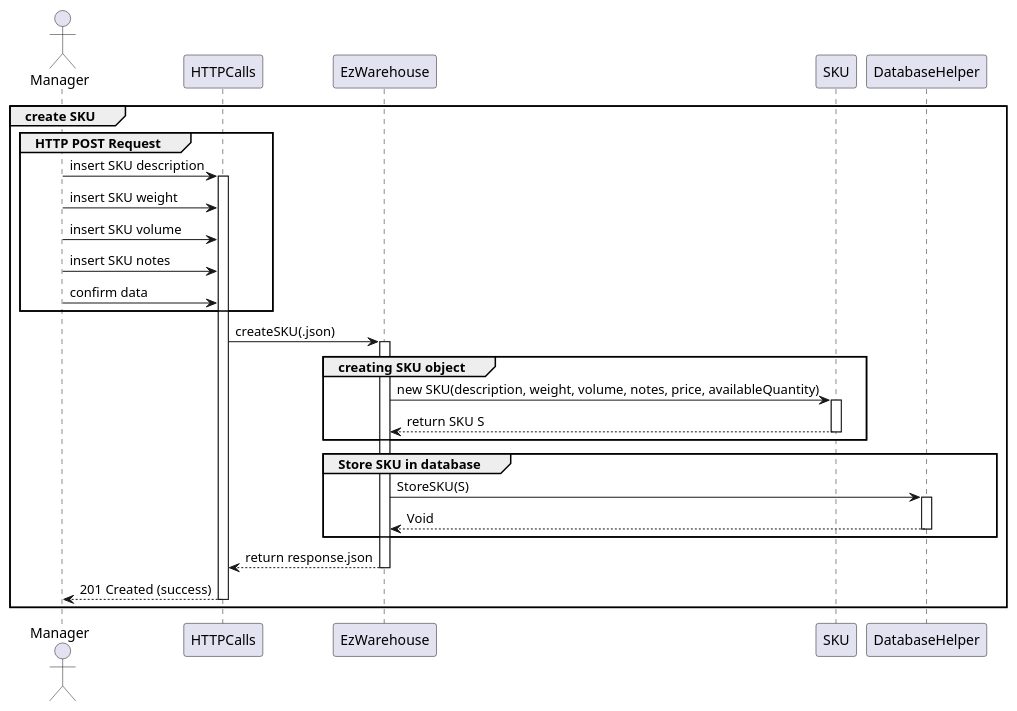
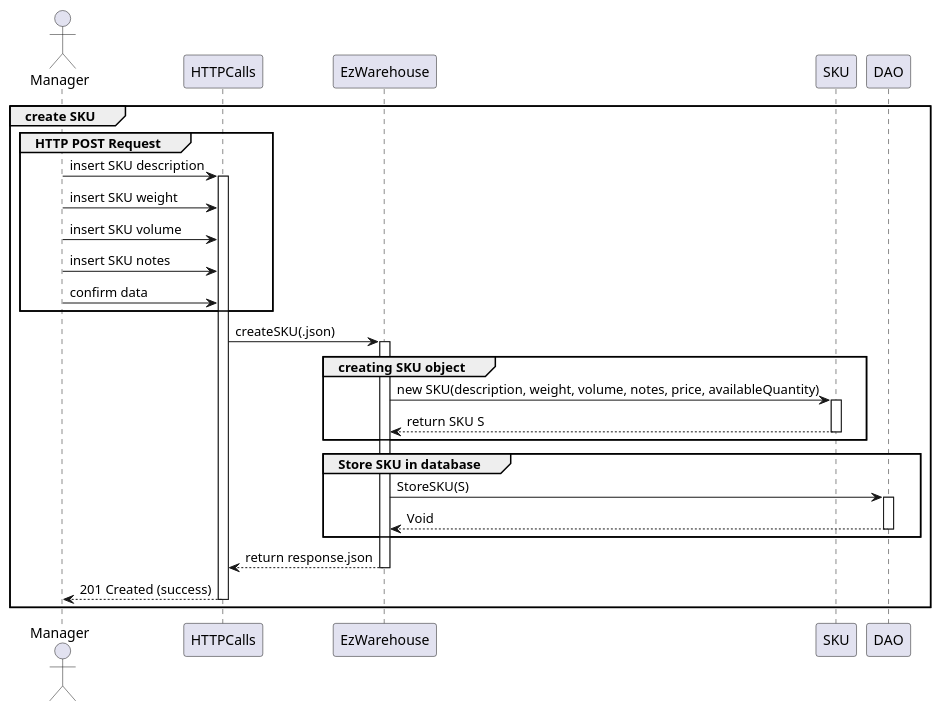
The fourth of 19 diagrams in DESIGN PART/DesignDocument.md (DavideArcolini/SoftEng_garbageCollector), drawn with PlantUML before and after one commit. The commit also changed other lines of this file, not shown here.

````diff
--- a/DESIGN PART/DesignDocument.md
+++ b/DESIGN PART/DesignDocument.md
@@ -380,39 +311,39 @@
 ```plantuml
 actor Manager as Manager
 participant HTTPCalls as HTTPCalls
 participant EzWarehouse as EzWarehouse
 participant SKU as SKU
-participant DatabaseHelper as DatabaseHelper
+participant DAO as DAO
 
 group create SKU
 group HTTP POST Request
 Manager -> HTTPCalls: insert SKU description
 activate HTTPCalls
 Manager -> HTTPCalls: insert SKU weight
 Manager -> HTTPCalls: insert SKU volume
 Manager -> HTTPCalls: insert SKU notes
 Manager -> HTTPCalls: confirm data
 end
 
 HTTPCalls -> EzWarehouse: createSKU(.json)
 activate EzWarehouse
 group creating SKU object
 EzWarehouse -> SKU: new SKU(description, weight, volume, notes, price, availableQuantity)
 activate SKU
 SKU --> EzWarehouse: return SKU S
 deactivate SKU
 end
 
 group Store SKU in database
-EzWarehouse -> DatabaseHelper: StoreSKU(S)
-activate DatabaseHelper
-DatabaseHelper --> EzWarehouse: Void
-deactivate DatabaseHelper
+EzWarehouse -> DAO: StoreSKU(S)
+activate DAO
+DAO --> EzWarehouse: Void
+deactivate DAO
 end
 
 EzWarehouse --> HTTPCalls: return response.json
 deactivate EzWarehouse
 HTTPCalls --> Manager: 201 Created (success)
 deactivate HTTPCalls
 end
 ```
````
